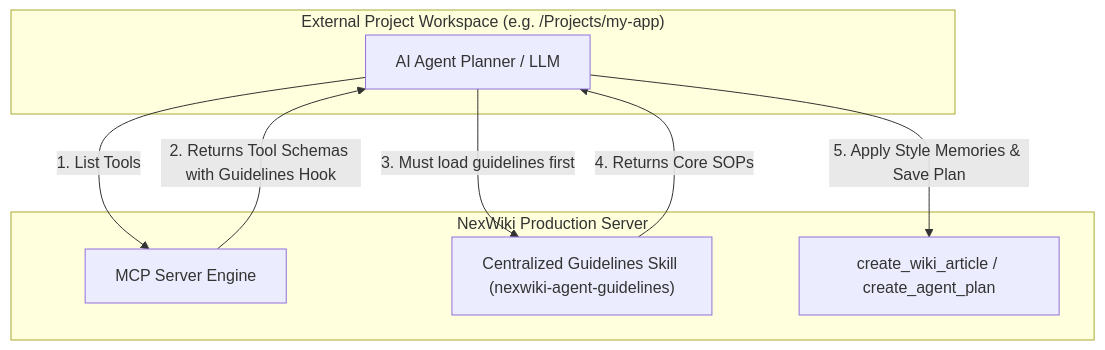
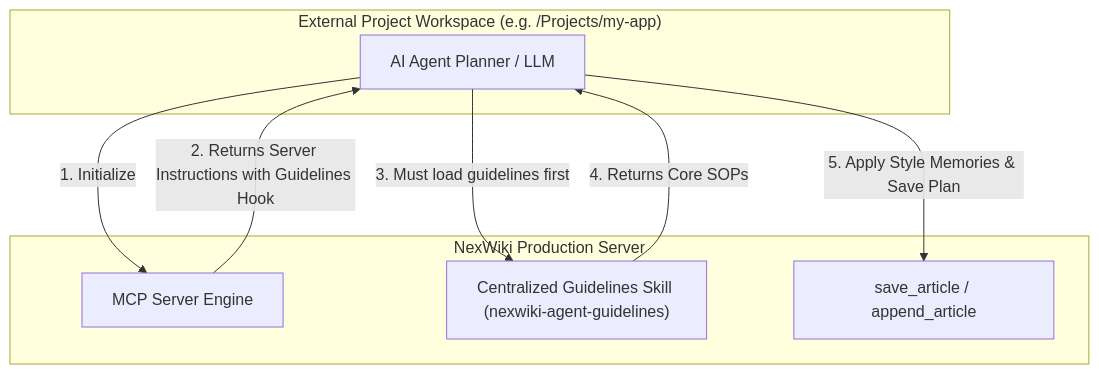
Before and after one commit to gruberchris/nexwiki: the diagram in docs/agent_integration_guide.md, drawn with Mermaid. The commit also changed other lines of this file and 16 other files, not shown here.

````diff
--- a/docs/agent_integration_guide.md
+++ b/docs/agent_integration_guide.md
@@ -21,18 +21,18 @@
 ```mermaid
 graph TD
     subgraph External Software Project Workspace ["External Project Workspace (e.g. /Projects/my-app)"]
         Agent[AI Agent Planner / LLM]
     end
 
     subgraph NexWiki Production Server
         mcp[MCP Server Engine]
         guidelines["Centralized Guidelines Skill (nexwiki-agent-guidelines)"]
-        tools["create_wiki_article / create_agent_plan"]
+        tools["save_article / append_article"]
     end
 
-    Agent -->|1. List Tools| mcp
-    mcp -->|2. Returns Tool Schemas with Guidelines Hook| Agent
+    Agent -->|1. Initialize| mcp
+    mcp -->|2. Returns Server Instructions with Guidelines Hook| Agent
     Agent -->|3. Must load guidelines first| guidelines
     guidelines -->|4. Returns Core SOPs| Agent
     Agent -->|5. Apply Style Memories & Save Plan| tools
 ```
````
